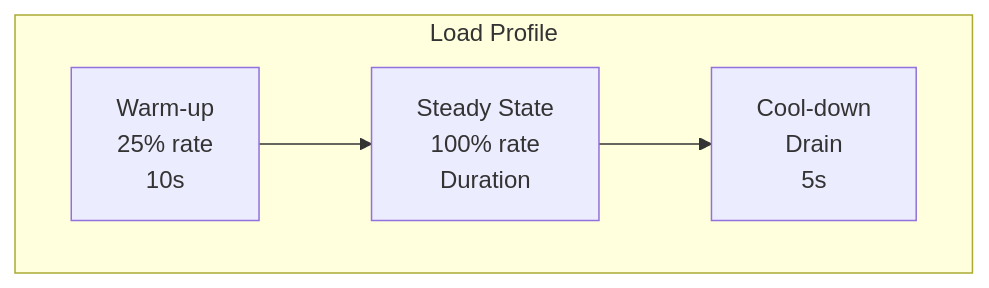
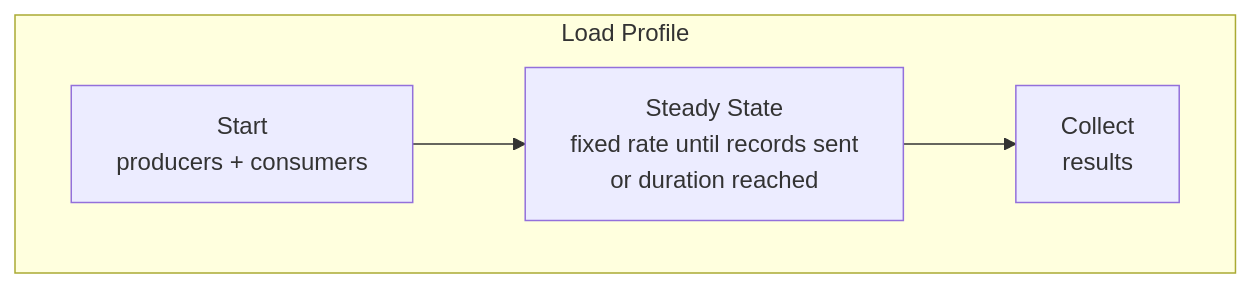
The second of 10 diagrams in docs/book/05-test-types.md (actions-marketplace-validations/bmscomp_kates), drawn with Mermaid before and after one commit. The commit also changed other lines of this file and 23 other files, not shown here.

````diff
--- a/docs/book/05-test-types.md
+++ b/docs/book/05-test-types.md
@@ -32,7 +32,7 @@
 ```mermaid
 graph LR
     subgraph Load["Load Profile"]
         direction LR
-        T1["Warm-up<br/>25% rate<br/>10s"] --> T2["Steady State<br/>100% rate<br/>Duration"] --> T3["Cool-down<br/>Drain<br/>5s"]
+        T1["Start<br/>producers + consumers"] --> T2["Steady State<br/>fixed rate until records sent<br/>or duration reached"] --> T3["Collect<br/>results"]
     end
 ```
````
